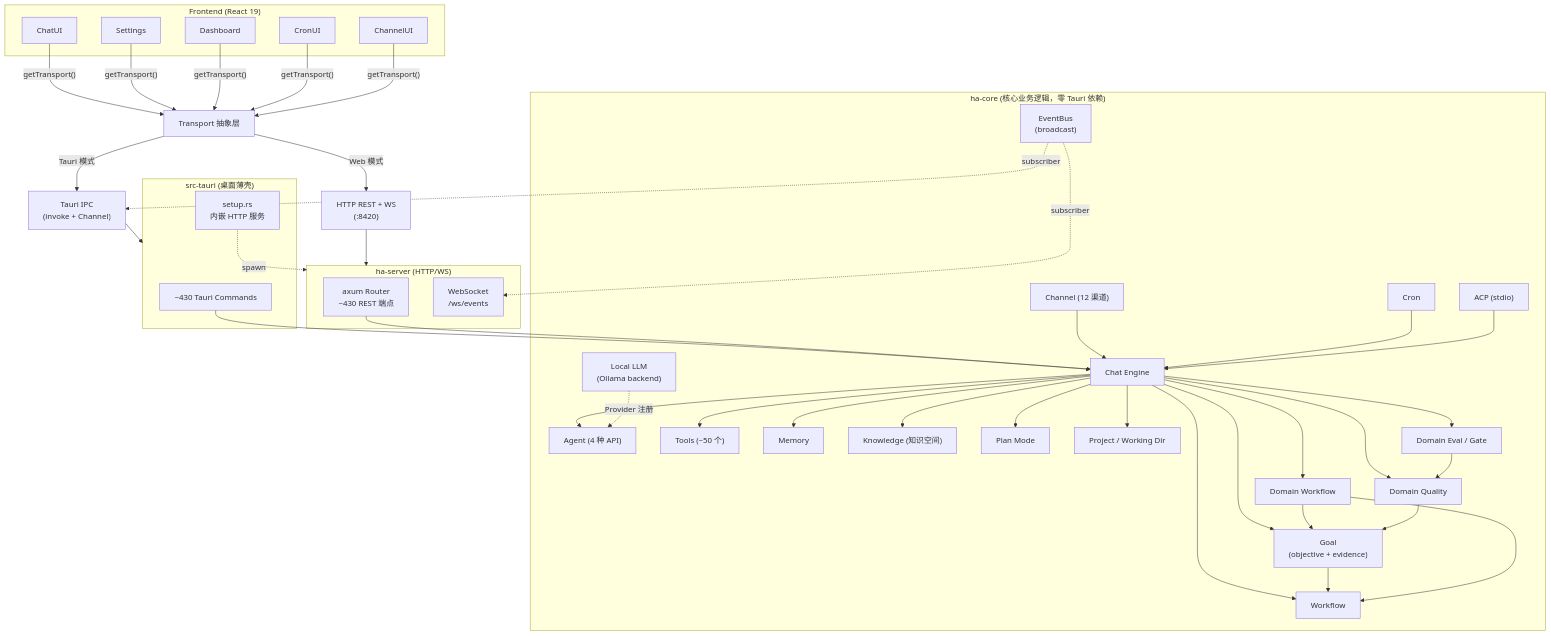
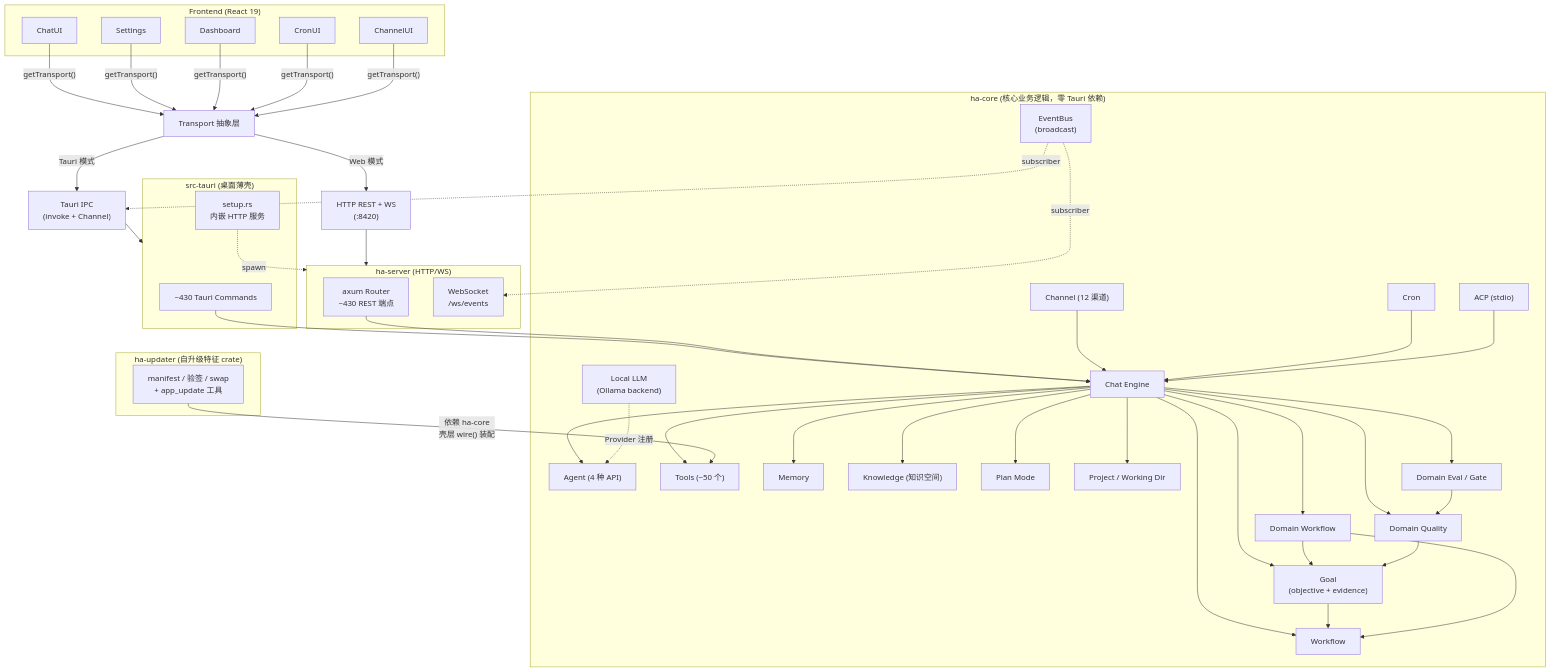
One commit to shiwenwen/hope-agent changed the first of 4 diagrams in docs/architecture/overview.md. Above: the diagram before and after it, drawn with Mermaid. The commit also changed other lines of this file and 63 other files, not shown here.

First line of the commit message:
refactor(updater): 阶段 3 首发——自升级迁出为特征 crate ha-updater

````diff
--- a/docs/architecture/overview.md
+++ b/docs/architecture/overview.md
@@ -26,63 +26,68 @@
 ```mermaid
 graph TD
     subgraph Frontend["Frontend (React 19)"]
         ChatUI["ChatUI"]
         Settings["Settings"]
         Dashboard_UI["Dashboard"]
         CronUI["CronUI"]
         ChannelUI["ChannelUI"]
     end
 
     ChatUI & Settings & Dashboard_UI & CronUI & ChannelUI -->|"getTransport()"| Transport["Transport 抽象层"]
 
     Transport -->|"Tauri 模式"| IPC["Tauri IPC<br/>(invoke + Channel)"]
     Transport -->|"Web 模式"| HTTP["HTTP REST + WS<br/>(:8420)"]
 
     IPC --> TauriShell
     HTTP --> OcServer
 
     subgraph TauriShell["src-tauri (桌面薄壳)"]
         Commands["~430 Tauri Commands"]
         TauriSetup["setup.rs<br/>内嵌 HTTP 服务"]
     end
 
     subgraph OcServer["ha-server (HTTP/WS)"]
         Router["axum Router<br/>~430 REST 端点"]
         WSHandler["WebSocket<br/>/ws/events"]
     end
 
     Commands --> ChatEngine
     Router --> ChatEngine
     TauriSetup -.->|"spawn"| OcServer
 
     subgraph OcCore["ha-core (核心业务逻辑，零 Tauri 依赖)"]
         ChatEngine["Chat Engine"]
         ChatEngine --> Agent["Agent (4 种 API)"]
         ChatEngine --> Tools["Tools (~50 个)"]
         ChatEngine --> Memory["Memory"]
         ChatEngine --> Knowledge["Knowledge (知识空间)"]
         ChatEngine --> PlanMode["Plan Mode"]
         ChatEngine --> Goal["Goal<br/>(objective + evidence)"]
         ChatEngine --> Project["Project / Working Dir"]
         ChatEngine --> Workflow["Workflow"]
         Goal --> Workflow
         ChatEngine --> DomainWorkflow["Domain Workflow"]
         ChatEngine --> DomainQuality["Domain Quality"]
         ChatEngine --> DomainEval["Domain Eval / Gate"]
         DomainWorkflow --> Goal
         DomainWorkflow --> Workflow
         DomainQuality --> Goal
         DomainEval --> DomainQuality
         EventBus["EventBus<br/>(broadcast)"]
         Channel["Channel (12 渠道)"]
         Cron["Cron"]
         ACP["ACP (stdio)"]
         LocalLLM["Local LLM<br/>(Ollama backend)"]
         Channel & Cron & ACP --> ChatEngine
         LocalLLM -.->|"Provider 注册"| Agent
     end
 
+    subgraph OcUpdater["ha-updater (自升级特征 crate)"]
+        Updater["manifest / 验签 / swap<br/>+ app_update 工具"]
+    end
+    Updater -->|"依赖 ha-core<br/>壳层 wire() 装配"| Tools
+
     EventBus -.->|"subscriber"| IPC
     EventBus -.->|"subscriber"| WSHandler
 
 ```
````
